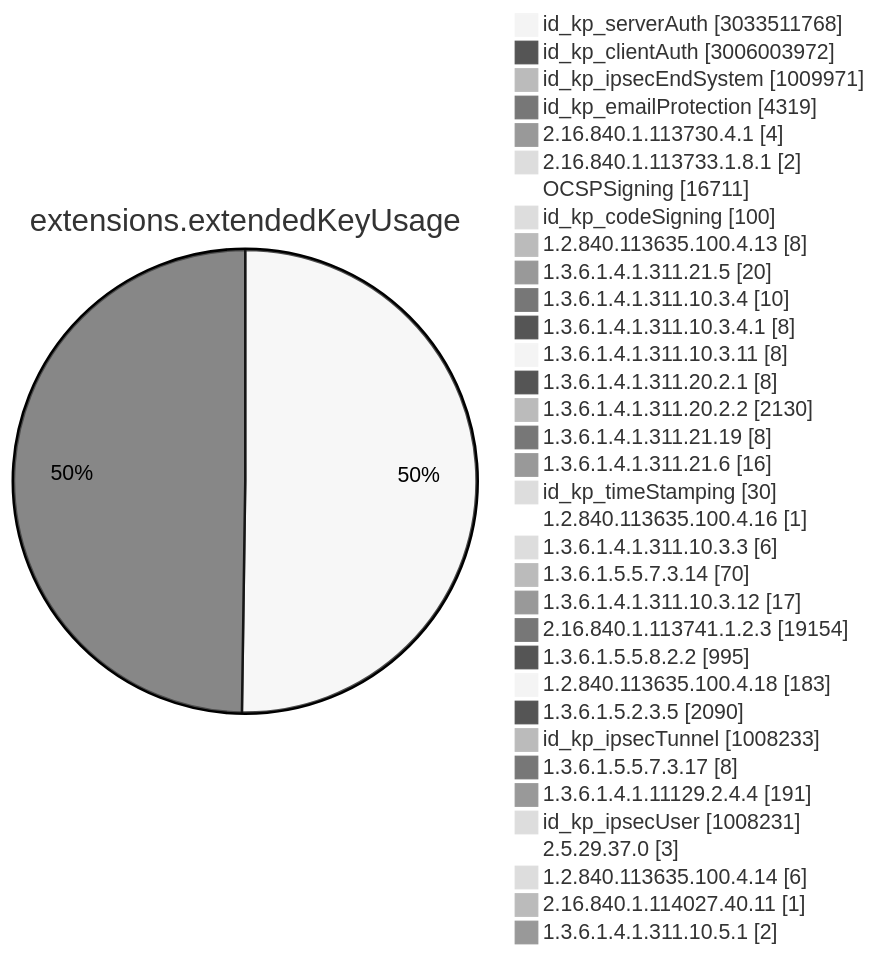
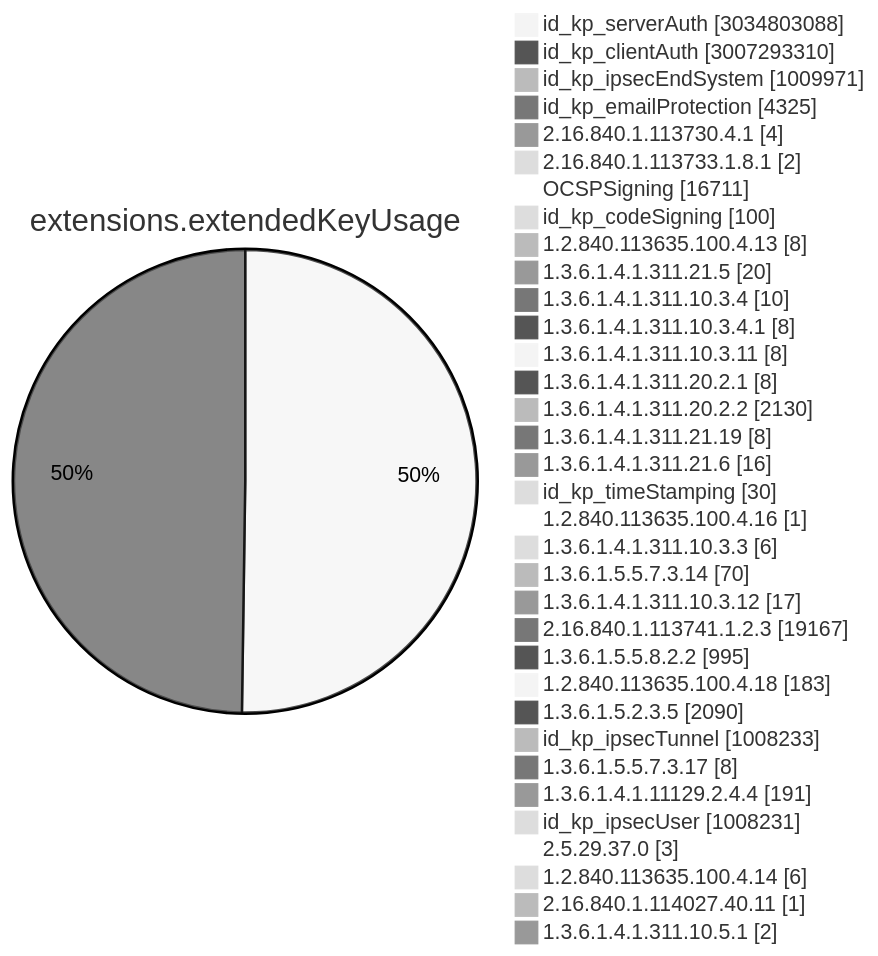
Diagram 11 of 15 in TOTAL/README.md (christiankrug/ctmonitor_visualization), drawn with Mermaid (neutral theme) before and after one commit. The commit also changed other lines of this file, not shown here.

````diff
--- a/TOTAL/README.md
+++ b/TOTAL/README.md
@@ -4111,38 +4111,38 @@
 ```mermaid
 pie showData
 title extensions.extendedKeyUsage
-"id_kp_serverAuth" :3033511768
-"id_kp_clientAuth" :3006003972
+"id_kp_serverAuth" :3034803088
+"id_kp_clientAuth" :3007293310
 "id_kp_ipsecEndSystem" :1009971
-"id_kp_emailProtection" :4319
+"id_kp_emailProtection" :4325
 "2.16.840.1.113730.4.1" :4
 "2.16.840.1.113733.1.8.1" :2
 "OCSPSigning" :16711
 "id_kp_codeSigning" :100
 "1.2.840.113635.100.4.13" :8
 "1.3.6.1.4.1.311.21.5" :20
 "1.3.6.1.4.1.311.10.3.4" :10
 "1.3.6.1.4.1.311.10.3.4.1" :8
 "1.3.6.1.4.1.311.10.3.11" :8
 "1.3.6.1.4.1.311.20.2.1" :8
 "1.3.6.1.4.1.311.20.2.2" :2130
 "1.3.6.1.4.1.311.21.19" :8
 "1.3.6.1.4.1.311.21.6" :16
 "id_kp_timeStamping" :30
 "1.2.840.113635.100.4.16" :1
 "1.3.6.1.4.1.311.10.3.3" :6
 "1.3.6.1.5.5.7.3.14" :70
 "1.3.6.1.4.1.311.10.3.12" :17
-"2.16.840.1.113741.1.2.3" :19154
+"2.16.840.1.113741.1.2.3" :19167
 "1.3.6.1.5.5.8.2.2" :995
 "1.2.840.113635.100.4.18" :183
 "1.3.6.1.5.2.3.5" :2090
 "id_kp_ipsecTunnel" :1008233
 "1.3.6.1.5.5.7.3.17" :8
 "1.3.6.1.4.1.11129.2.4.4" :191
 "id_kp_ipsecUser" :1008231
 "2.5.29.37.0" :3
 "1.2.840.113635.100.4.14" :6
 "2.16.840.1.114027.40.11" :1
 "1.3.6.1.4.1.311.10.5.1" :2
 ```
````
